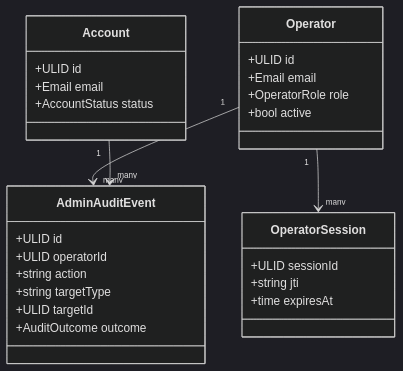
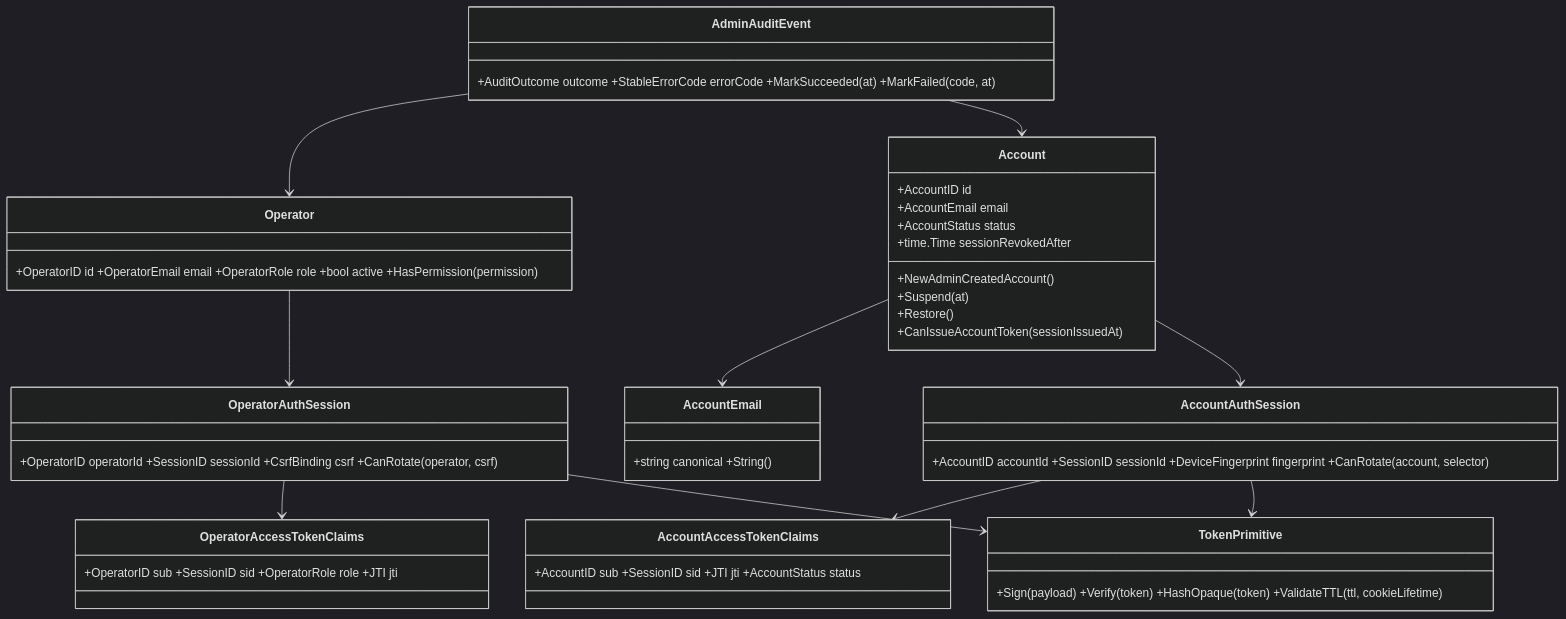
Before and after one commit to witwire-net/www-template: the seventh of 9 diagrams in openspec/changes/admin-backend-architecture-account-creation/design.md, drawn with Mermaid (dark theme). The commit also changed other lines of this file and 8 other files, not shown here.

````diff
--- a/openspec/changes/admin-backend-architecture-account-creation/design.md
+++ b/openspec/changes/admin-backend-architecture-account-creation/design.md
@@ -223,30 +410,30 @@
 ```mermaid
 classDiagram
   class Account {
-    +ULID id
-    +Email email
+    +AccountID id
+    +AccountEmail email
     +AccountStatus status
+    +time.Time sessionRevokedAfter
+    +NewAdminCreatedAccount()
+    +Suspend(at)
+    +Restore()
+    +CanIssueAccountToken(sessionIssuedAt)
   }
-  class Operator {
-    +ULID id
-    +Email email
-    +OperatorRole role
-    +bool active
-  }
-  class OperatorSession {
-    +ULID sessionId
-    +string jti
-    +time expiresAt
-  }
-  class AdminAuditEvent {
-    +ULID id
-    +ULID operatorId
-    +string action
-    +string targetType
-    +ULID targetId
-    +AuditOutcome outcome
-  }
-  Operator "1" --> "many" OperatorSession
-  Operator "1" --> "many" AdminAuditEvent
-  Account "1" --> "many" AdminAuditEvent
+  class AccountEmail { +string canonical +String() }
+  class AccountAuthSession { +AccountID accountId +SessionID sessionId +DeviceFingerprint fingerprint +CanRotate(account, selector) }
+  class AccountAccessTokenClaims { +AccountID sub +SessionID sid +JTI jti +AccountStatus status }
+  class Operator { +OperatorID id +OperatorEmail email +OperatorRole role +bool active +HasPermission(permission) }
+  class OperatorAuthSession { +OperatorID operatorId +SessionID sessionId +CsrfBinding csrf +CanRotate(operator, csrf) }
+  class OperatorAccessTokenClaims { +OperatorID sub +SessionID sid +OperatorRole role +JTI jti }
+  class AdminAuditEvent { +AuditOutcome outcome +StableErrorCode errorCode +MarkSucceeded(at) +MarkFailed(code, at) }
+  class TokenPrimitive { +Sign(payload) +Verify(token) +HashOpaque(token) +ValidateTTL(ttl, cookieLifetime) }
+  Account --> AccountEmail
+  Account --> AccountAuthSession
+  AccountAuthSession --> AccountAccessTokenClaims
+  Operator --> OperatorAuthSession
+  OperatorAuthSession --> OperatorAccessTokenClaims
+  AdminAuditEvent --> Operator
+  AdminAuditEvent --> Account
+  AccountAuthSession --> TokenPrimitive
+  OperatorAuthSession --> TokenPrimitive
 ```
````
